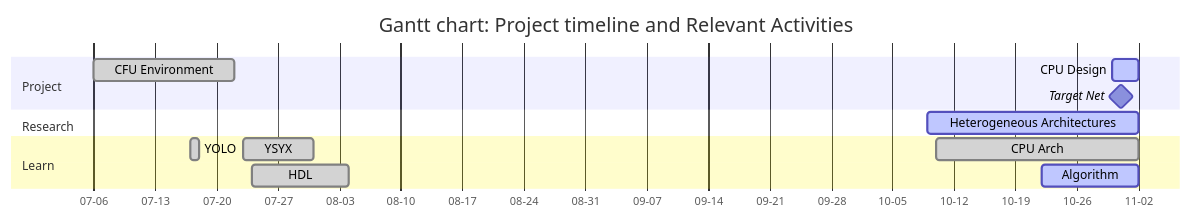
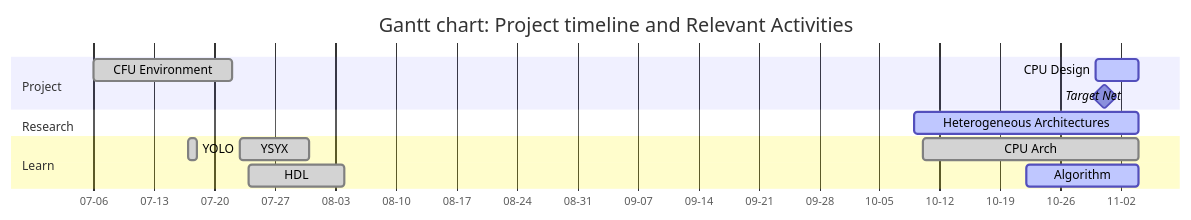
Before and after one commit to Marcobisky/Marcobisky.github.io: the first of 2 diagrams in tinyml/index.qmd, drawn with Mermaid. The commit also changed other lines of this file and 4 other files, not shown here.

````diff
--- a/tinyml/index.qmd
+++ b/tinyml/index.qmd
@@ -48,31 +48,31 @@
 ```{mermaid}
 ---
 displayMode: compact
 ---
 %%| label: fig-timeline
 %%| fig-cap: "Gantt Chart"
 %%| fig-width: 10
 %%| fig-height: 6
 
 gantt
     title Gantt chart: Project timeline and Relevant Activities
     dateFormat  YYYY-MM-DD
     axisFormat  %m-%d
     tickInterval 14d
 
     section Project
         CFU Environment :done, 2025-07-06, 2025-07-22
         Target Net :milestone, 2025-10-31, 0d
-        CPU Design :active, 2025-10-30, 2025-11-02
+        CPU Design :active, 2025-10-30, 2025-11-04
 
     section Research
-        Heterogeneous Architectures :active, 2025-10-09, 2025-11-02
+        Heterogeneous Architectures :active, 2025-10-09, 2025-11-04
 
     section Learn
         YSYX :done, 2025-07-23, 2025-07-31
         HDL :done, 2025-07-24, 2025-08-04
         YOLO :done, 2025-07-17, 1d
-        CPU Arch :done, 2025-10-10, 2025-11-02
-        Algorithm :active, 2025-10-22, 2025-11-02
+        CPU Arch :done, 2025-10-10, 2025-11-04
+        Algorithm :active, 2025-10-22, 2025-11-04
 
 ```
````
